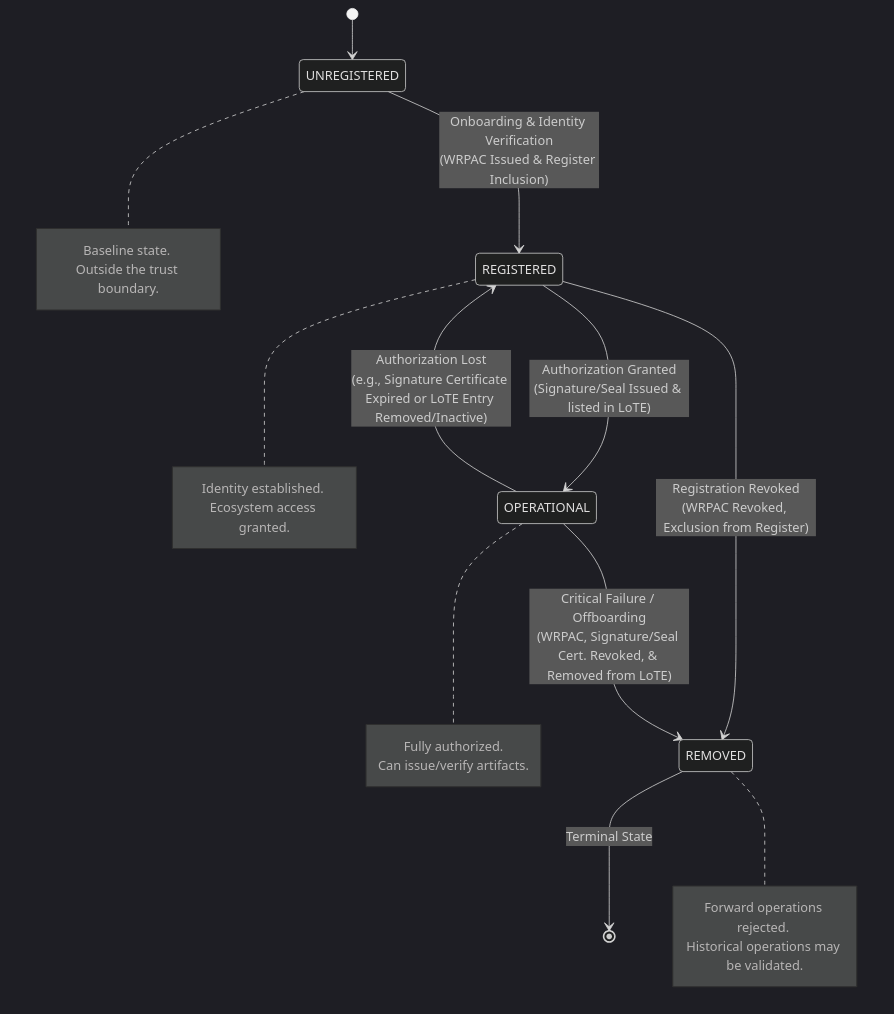
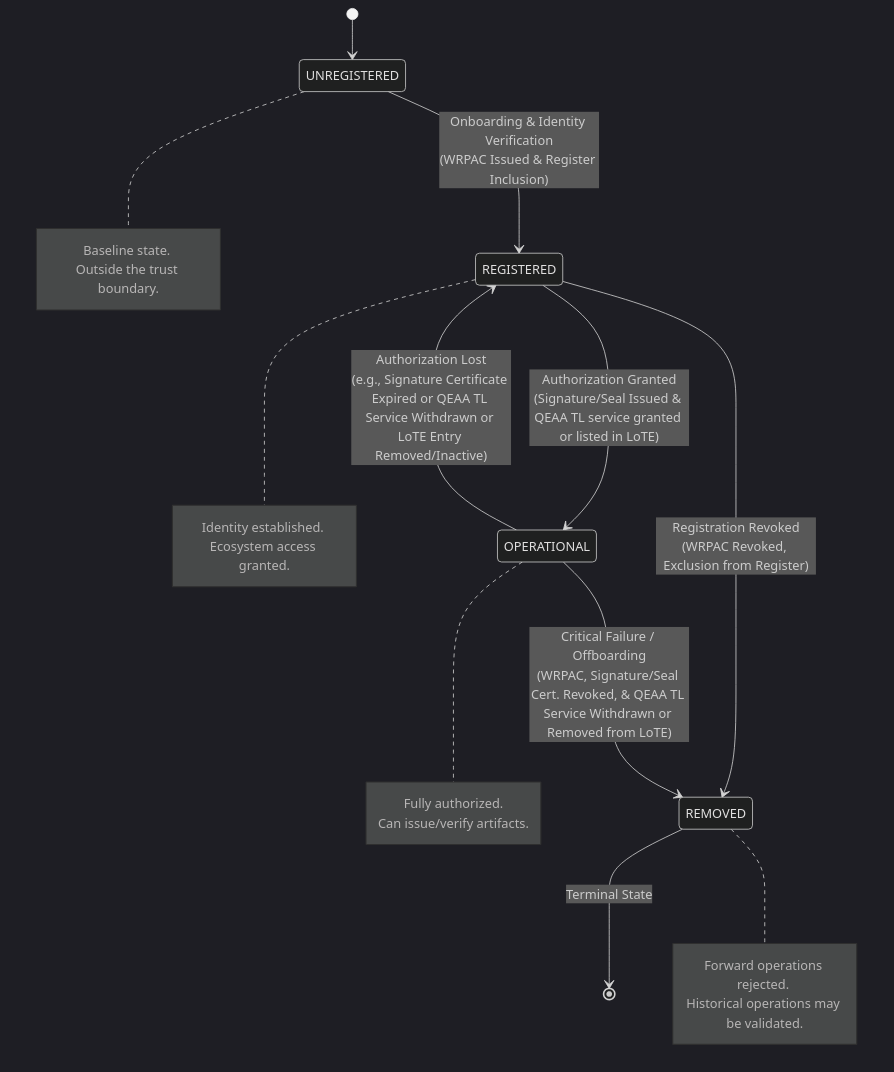
One commit to APTITUDE-Consortium/wp2-trust-specifications changed the third of 4 diagrams in docs/topics/trust-management-process.md. Above: the diagram before and after it, drawn with Mermaid (dark theme). The commit also changed other lines of this file and 1 other file, not shown here.

````diff
--- a/docs/topics/trust-management-process.md
+++ b/docs/topics/trust-management-process.md
@@ -262,44 +275,44 @@
 ```mermaid
 stateDiagram-v2
     %% Define states
     [*] --> Unreg
     
     state "UNREGISTERED" as Unreg
     state "REGISTERED" as Reg
     state "OPERATIONAL" as Op
     state "REMOVED" as Withdrawn
     
     %% Define transitions
     Unreg --> Reg : Onboarding & Identity Verification<br>(WRPAC Issued & Register Inclusion)
     
-    Reg --> Op : Authorization Granted<br>(Signature/Seal Issued & listed in LoTE)
+    Reg --> Op : Authorization Granted<br>(Signature/Seal Issued & QEAA TL service granted or listed in LoTE)
     
-    Op --> Reg : Authorization Lost<br>(e.g., Signature Certificate Expired or LoTE Entry Removed/Inactive)
+    Op --> Reg : Authorization Lost<br>(e.g., Signature Certificate Expired or QEAA TL Service Withdrawn or LoTE Entry Removed/Inactive)
     
     Reg --> Withdrawn : Registration Revoked<br>(WRPAC Revoked, Exclusion from Register)
     
-    Op --> Withdrawn : Critical Failure / Offboarding<br>(WRPAC, Signature/Seal Cert. Revoked, & Removed from LoTE)
+    Op --> Withdrawn : Critical Failure / Offboarding<br>(WRPAC, Signature/Seal Cert. Revoked, & QEAA TL Service Withdrawn or Removed from LoTE)
     
     Withdrawn --> [*] : Terminal State
     
     %% Add descriptive notes
     note right of Unreg
         Baseline state. 
         Outside the trust boundary.
     end note
     
     note right of Reg
         Identity established. 
         Ecosystem access granted.
     end note
     
     note right of Op
         Fully authorized. 
         Can issue/verify artifacts.
     end note
     
     note right of Withdrawn
         Forward operations rejected. 
         Historical operations may be validated.
     end note
 ```
````
